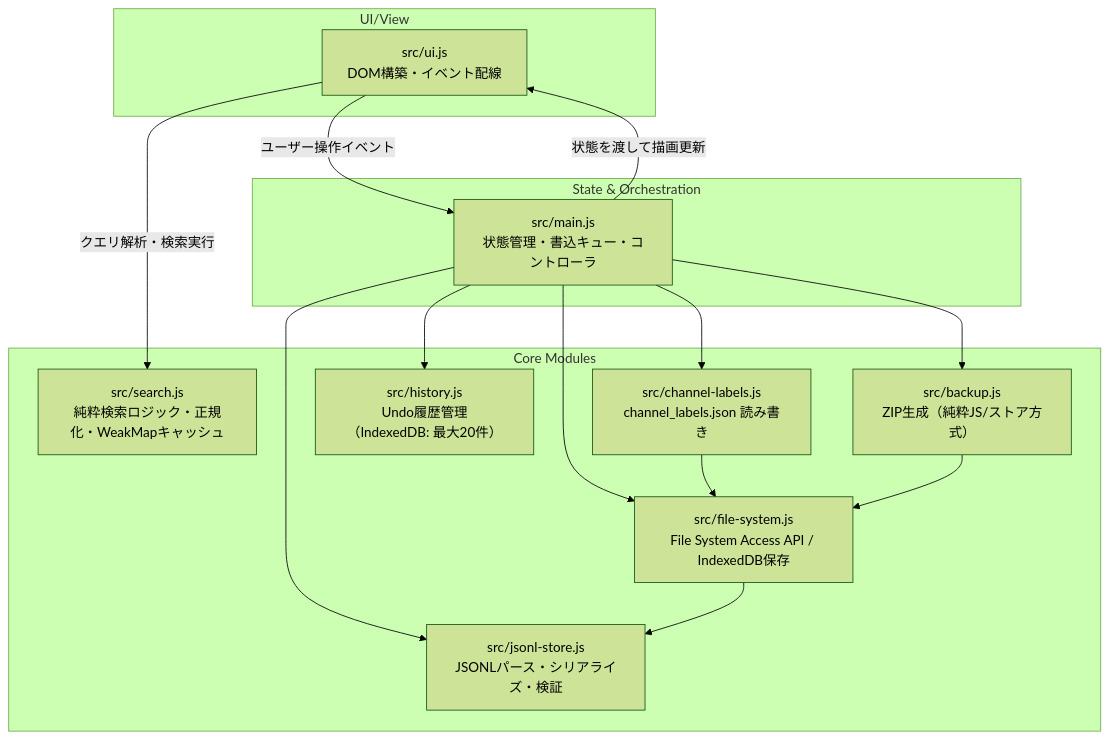
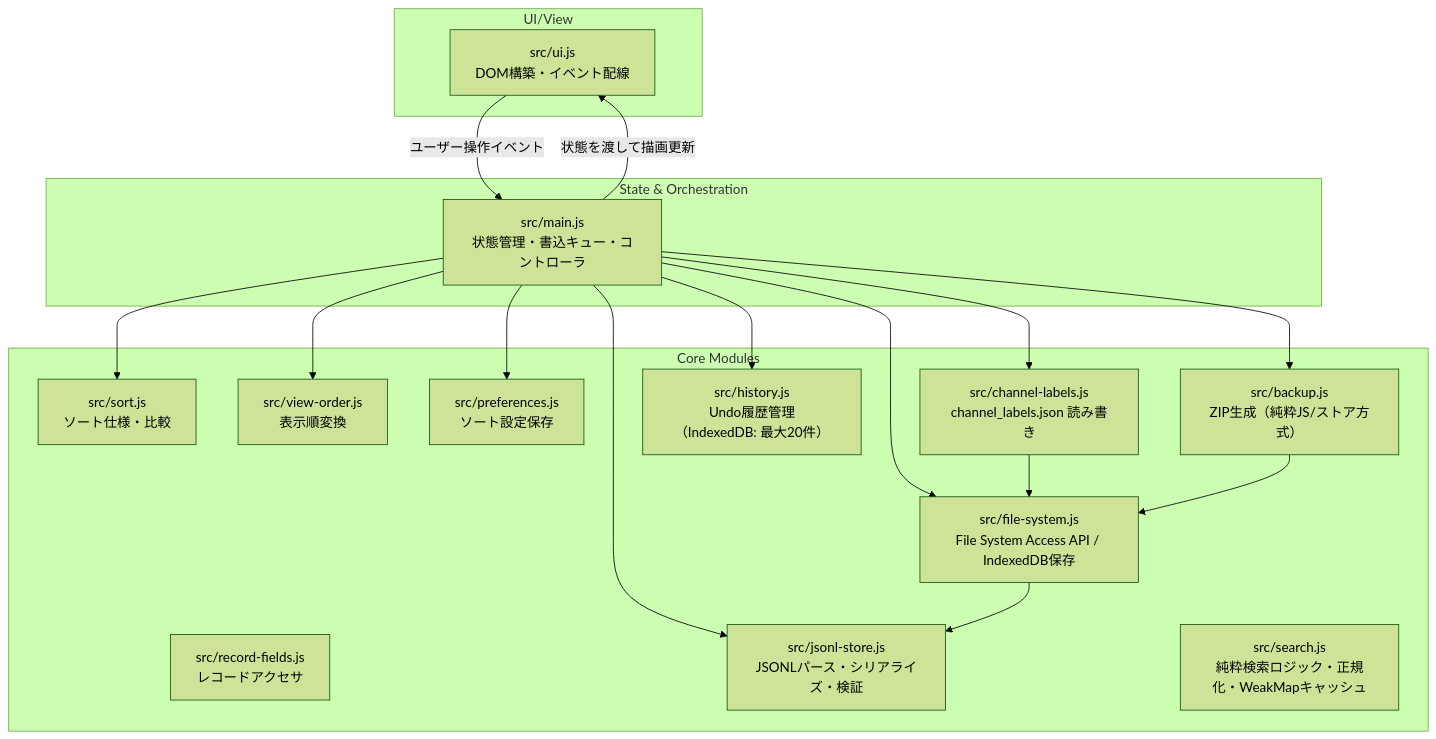
Before and after one commit to IsooGabriel/YouTubeVideoSelector: the first of 9 diagrams in Documents/PROJECT_FLOW.md, drawn with Mermaid (forest theme). The commit also changed other lines of this file, not shown here.

Commit message:
docs(sort): update project flow documentation

````diff
--- a/Documents/PROJECT_FLOW.md
+++ b/Documents/PROJECT_FLOW.md
@@ -27,31 +27,37 @@
 ```mermaid
 graph TD
     subgraph UI/View
         UI[src/ui.js<br/>DOM構築・イベント配線]
     end
 
     subgraph State & Orchestration
         MAIN[src/main.js<br/>状態管理・書込キュー・コントローラ]
     end
 
     subgraph Core Modules
+        RF[src/record-fields.js<br/>レコードアクセサ]
+        SORT[src/sort.js<br/>ソート仕様・比較]
+        VIEW[src/view-order.js<br/>表示順変換]
+        PREF[src/preferences.js<br/>ソート設定保存]
         FS[src/file-system.js<br/>File System Access API / IndexedDB保存]
         STORE[src/jsonl-store.js<br/>JSONLパース・シリアライズ・検証]
         SEARCH[src/search.js<br/>純粋検索ロジック・正規化・WeakMapキャッシュ]
         CH[src/channel-labels.js<br/>channel_labels.json 読み書き]
         HIST[src/history.js<br/>Undo履歴管理（IndexedDB: 最大20件）]
         BACKUP[src/backup.js<br/>ZIP生成（純粋JS/ストア方式）]
     end
 
     UI -->|ユーザー操作イベント| MAIN
-    UI -->|クエリ解析・検索実行| SEARCH
     MAIN -->|状態を渡して描画更新| UI
+    MAIN --> SORT
+    MAIN --> VIEW
+    MAIN --> PREF
     MAIN --> FS
     MAIN --> STORE
     MAIN --> CH
     MAIN --> HIST
     MAIN --> BACKUP
     FS --> STORE
     CH --> FS
     BACKUP --> FS
 ```
````
